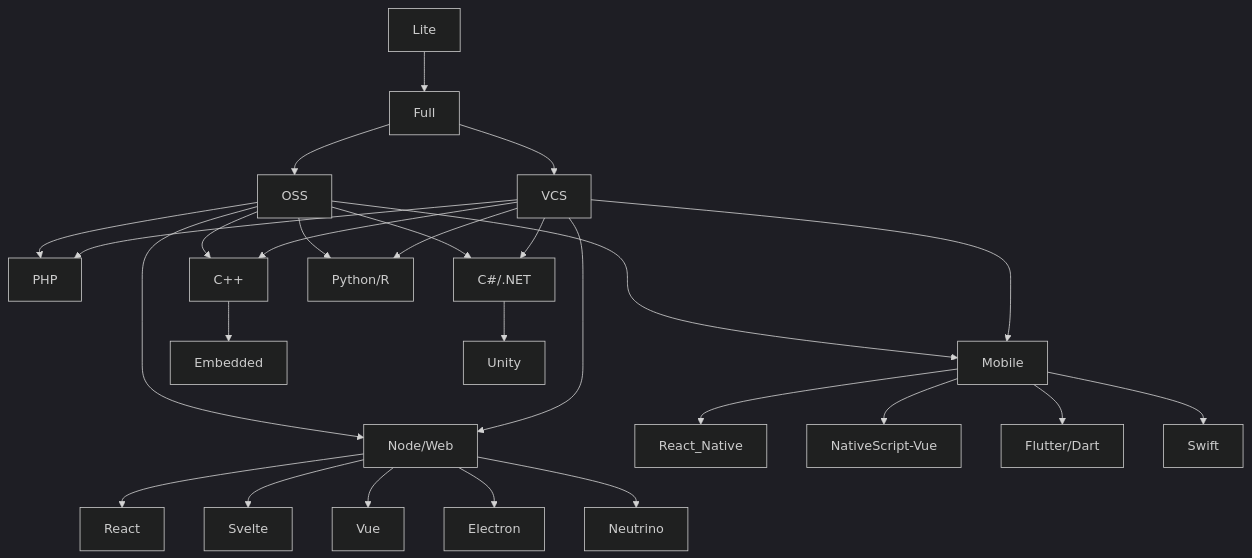
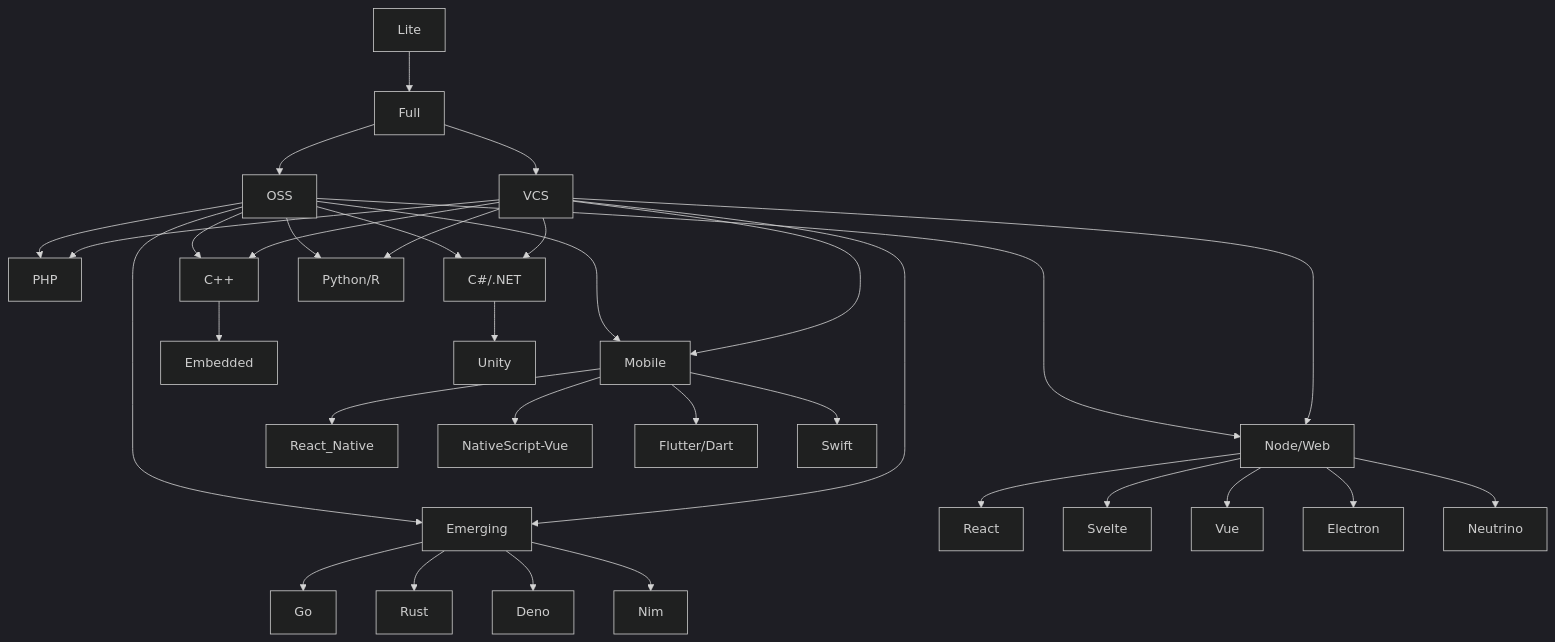
One commit to BinaryBen/dotfiles changed the diagram in config/editor/README.md. Above: the diagram before and after it, drawn with Mermaid (dark theme).

Commit message:
📝 Added more languages

````diff
--- a/config/editor/README.md
+++ b/config/editor/README.md
@@ -31,29 +31,35 @@
 ```mermaid
 graph TD
   Lite-->Full
   Full-->OSS
   Full-->VCS
   OSS--->Mobile
   OSS-->PHP
   OSS-->C#/.NET
   OSS-->C++
+  OSS-->Emerging
   OSS-->Python/R
   OSS---->Node/Web
   VCS--->Mobile
+  VCS----->Emerging
   VCS-->PHP
   VCS-->C#/.NET
   VCS-->C++
   VCS-->Python/R
   VCS--->Node/Web
   C++-->Embedded
   C#/.NET-->Unity
+  Emerging-->Go
+  Emerging-->Rust
+  Emerging-->Deno
+  Emerging-->Nim
   Node/Web-->React
   Node/Web-->Svelte
   Node/Web-->Vue
   Node/Web-->Electron
   Node/Web-->Neutrino
   Mobile-->React_Native
   Mobile-->NativeScript-Vue
   Mobile-->Flutter/Dart
   Mobile-->Swift
 ```
````
